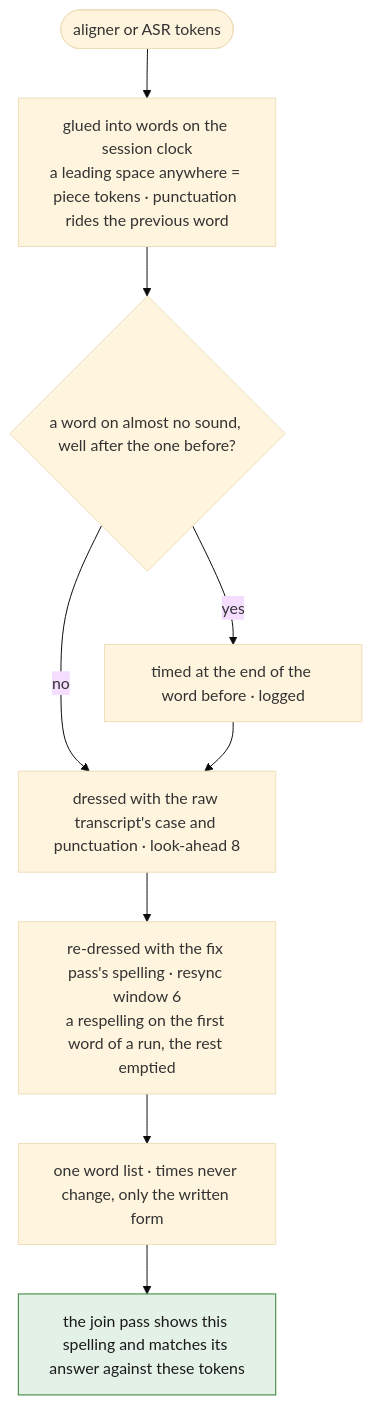
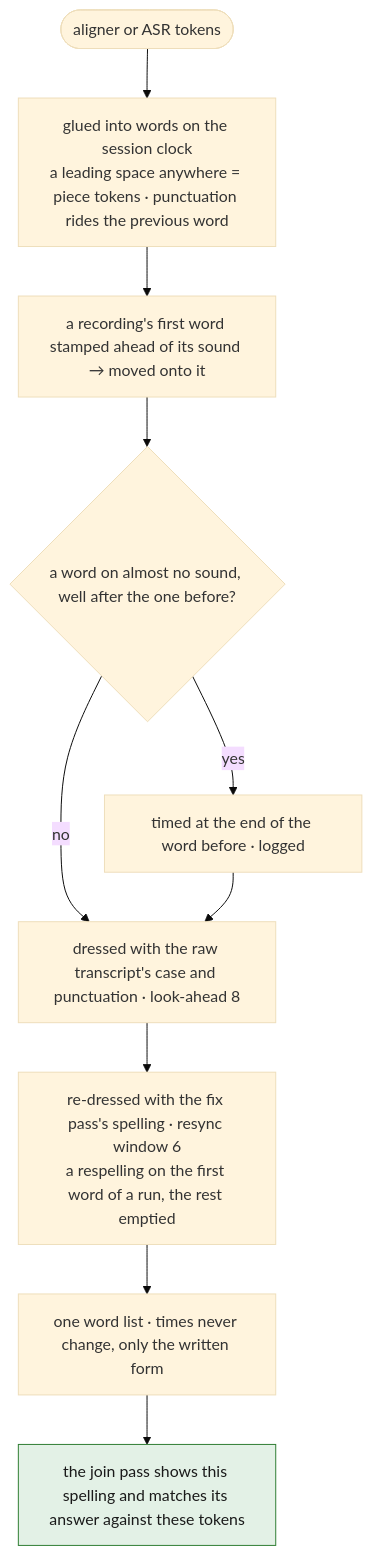
Before and after one commit to tbocek/naivepost: diagram 12 of 12 in spec/04-prepare.md, drawn with Mermaid (base theme). The commit also changed other lines of this file and 19 other files, not shown here.

````diff
--- a/spec/04-prepare.md
+++ b/spec/04-prepare.md
@@ -455,14 +458,14 @@
 ```mermaid
 flowchart TD
   A(["aligner or ASR tokens"]) --> G["glued into words on the session clock<br/>a leading space anywhere = piece tokens · punctuation rides the previous word"]
-  G --> ST{"a word on almost no sound, well after the one before?"}
+  G --> FW["a recording's first word stamped ahead of its sound → moved onto it"] --> ST{"a word on almost no sound, well after the one before?"}
   ST -- yes --> RT["timed at the end of the word before · logged"]
   ST -- no --> D1
   RT --> D1["dressed with the raw transcript's case and punctuation · look-ahead 8"]
   D1 --> D2["re-dressed with the fix pass's spelling · resync window 6<br/>a respelling on the first word of a run, the rest emptied"]
   D2 --> L["one word list · times never change, only the written form"]
   L --> USE["the join pass shows this spelling and matches its answer against these tokens"]:::done
   classDef refuse fill:#fde2e1,stroke:#c01c28,color:#1a1a1a
   classDef done fill:#e3f1e6,stroke:#2e7d32,color:#1a1a1a
   classDef ask fill:#e8eefc,stroke:#3a63c8,color:#1a1a1a
 ```
````
